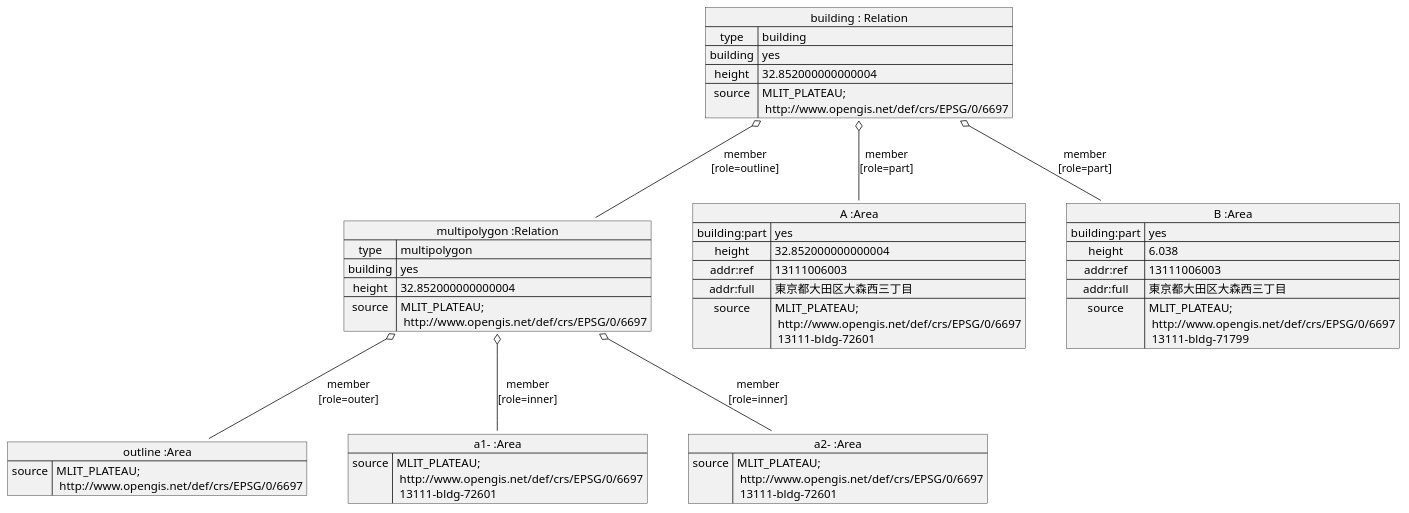
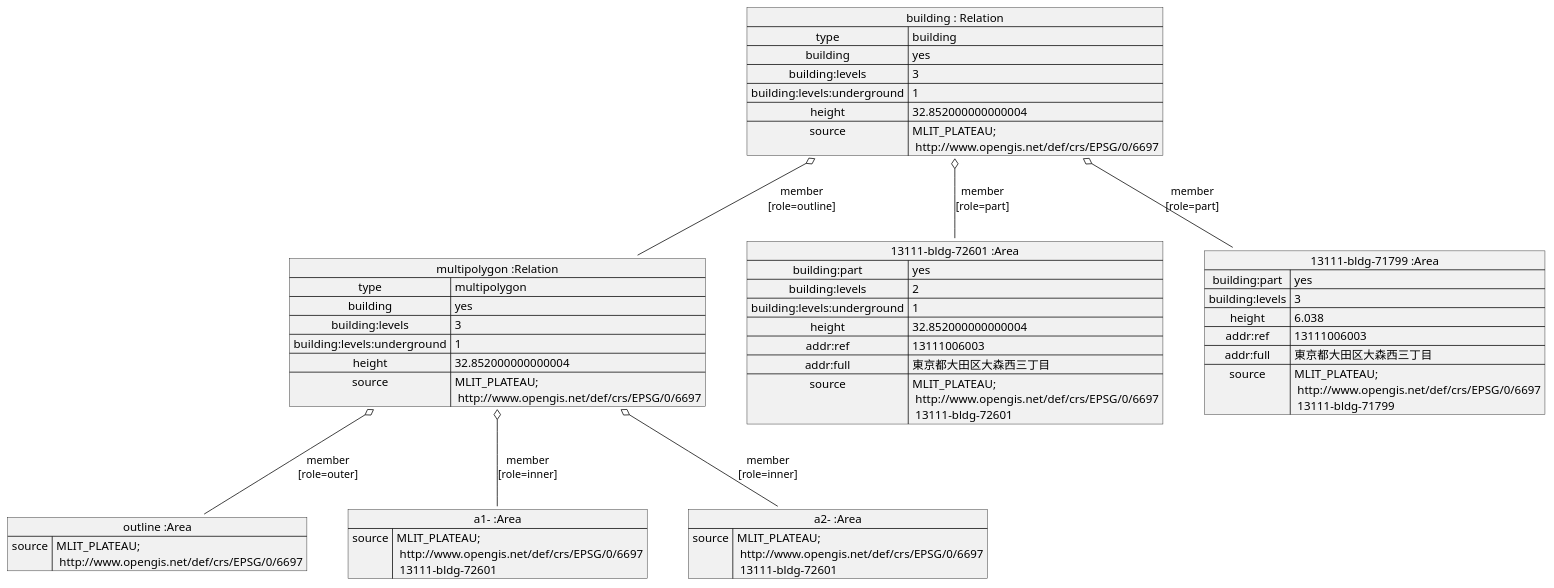
Before and after one commit to yuuhayashi/citygml-osm: the diagram in doc/building/sample-d/sample-d-osm.pu, drawn with PlantUML. The commit also changed 11 other files, not shown here.

```diff
--- a/doc/building/sample-d/sample-d-osm.pu
+++ b/doc/building/sample-d/sample-d-osm.pu
@@ -1,49 +1,56 @@
 @startuml
 map "building : Relation" as building {
  type => building
  building => yes
+ building:levels => 3
+ building:levels:underground => 1
  height => 32.852000000000004
  source => MLIT_PLATEAU;\n http://www.opengis.net/def/crs/EPSG/0/6697
 }
 
 map "multipolygon :Relation" as multipolygon {
  type => multipolygon
  building => yes
+ building:levels => 3
+ building:levels:underground => 1
  height => 32.852000000000004
  source => MLIT_PLATEAU;\n http://www.opengis.net/def/crs/EPSG/0/6697
 }
 
 map "outline :Area" as outer {
  source => MLIT_PLATEAU;\n http://www.opengis.net/def/crs/EPSG/0/6697
 }
 
 map "a1- :Area" as a1 {
  source => MLIT_PLATEAU;\n http://www.opengis.net/def/crs/EPSG/0/6697\n 13111-bldg-72601
 }
 map "a2- :Area" as a2 {
  source => MLIT_PLATEAU;\n http://www.opengis.net/def/crs/EPSG/0/6697\n 13111-bldg-72601
 }
 
-map "A :Area" as A {
+map "13111-bldg-72601 :Area" as A {
  building:part => yes
+ building:levels => 2
+ building:levels:underground => 1
  height => 32.852000000000004
  addr:ref => 13111006003
  addr:full => 東京都大田区大森西三丁目
  source => MLIT_PLATEAU;\n http://www.opengis.net/def/crs/EPSG/0/6697\n 13111-bldg-72601
 }
-map "B :Area" as B {
+map "13111-bldg-71799 :Area" as B {
  building:part => yes
+ building:levels => 3
  height => 6.038
  addr:ref => 13111006003
  addr:full => 東京都大田区大森西三丁目
  source => MLIT_PLATEAU;\n http://www.opengis.net/def/crs/EPSG/0/6697\n 13111-bldg-71799
 }
 
 building o-- multipolygon : member\n[role=outline]
 building o-- A : member\n[role=part]
 building o-- B : member\n[role=part]
 
 multipolygon  o-- outer : member\n[role=outer]
 multipolygon  o-- a1 : member\n[role=inner]
 multipolygon  o-- a2 : member\n[role=inner]
 @enduml
```
